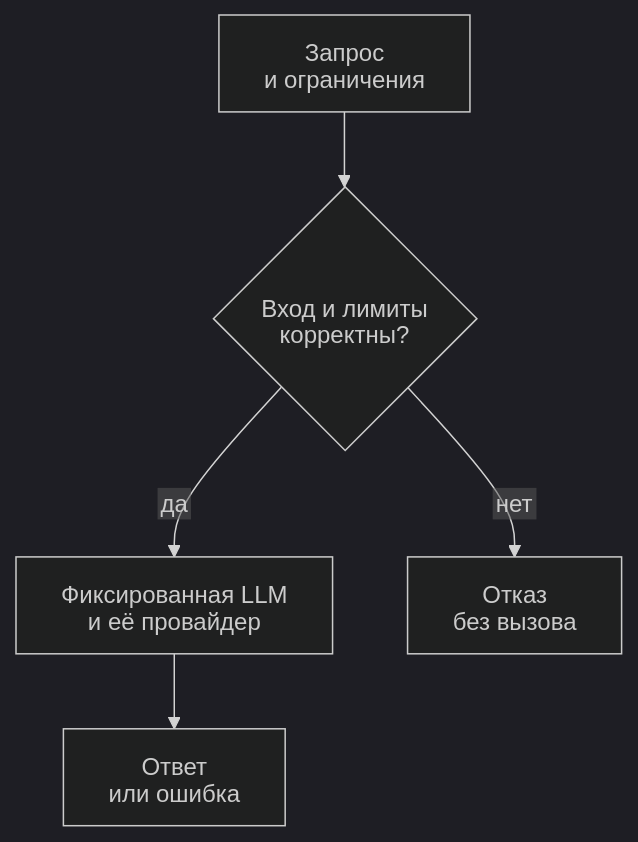
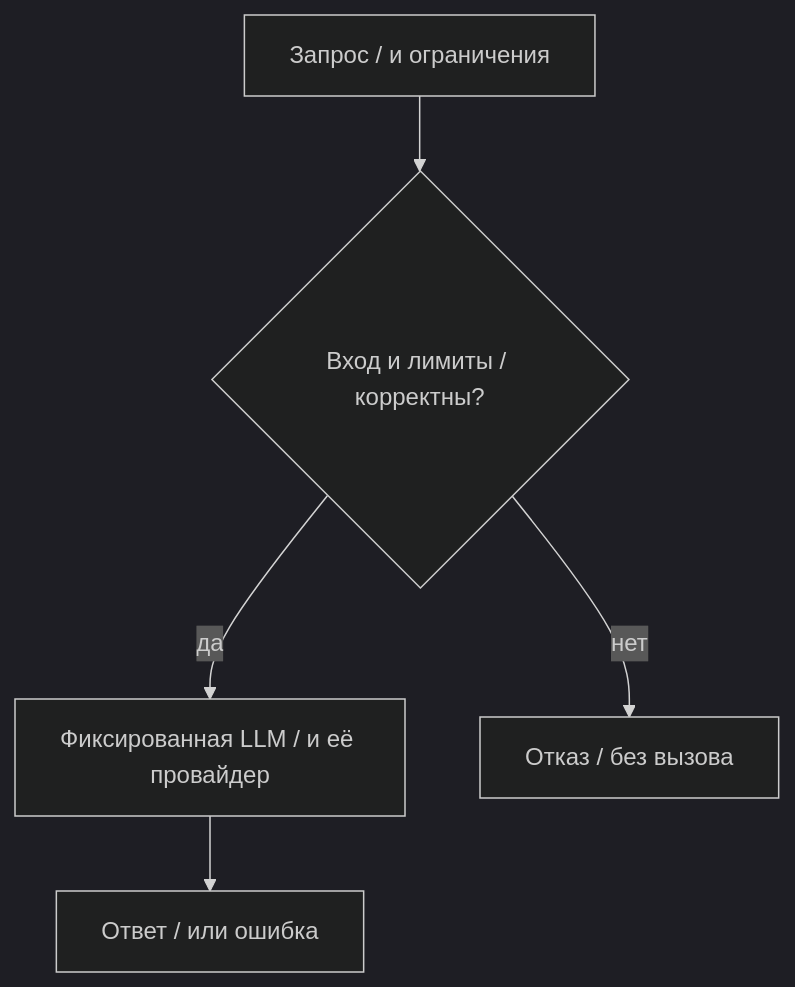
The first of 2 diagrams in docs/ml_system_design_doc.md (Mixlazer/ML_Sys_Design_HW), drawn with Mermaid (dark theme) before and after one commit. The commit also changed other lines of this file and 25 other files, not shown here.

````diff
--- a/docs/ml_system_design_doc.md
+++ b/docs/ml_system_design_doc.md
@@ -175,8 +176,7 @@
 ```mermaid
-%%{init: {"htmlLabels": false, "fontFamily": "Arial, sans-serif", "fontSize": 16}}%%
 flowchart TD
-    REQUEST["Запрос<br/>и ограничения"] --> CHECK{"Вход и лимиты<br/>корректны?"}
-    CHECK -->|"да"| CALL["Фиксированная LLM<br/>и её провайдер"]
-    CHECK -->|"нет"| ERROR["Отказ<br/>без вызова"]
-    CALL --> RESULT["Ответ<br/>или ошибка"]
+    REQUEST["Запрос / и ограничения"] --> CHECK{"Вход и лимиты / корректны?"}
+    CHECK -->|"да"| CALL["Фиксированная LLM / и её провайдер"]
+    CHECK -->|"нет"| ERROR["Отказ / без вызова"]
+    CALL --> RESULT["Ответ / или ошибка"]
 ```
````
